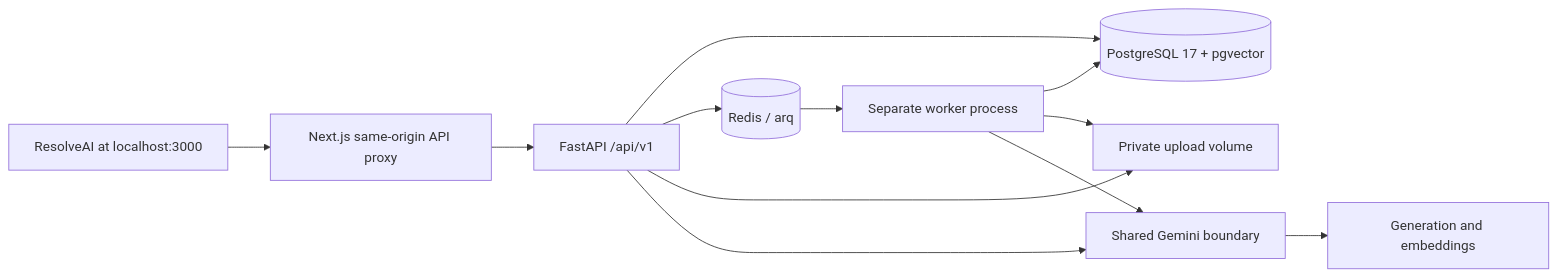
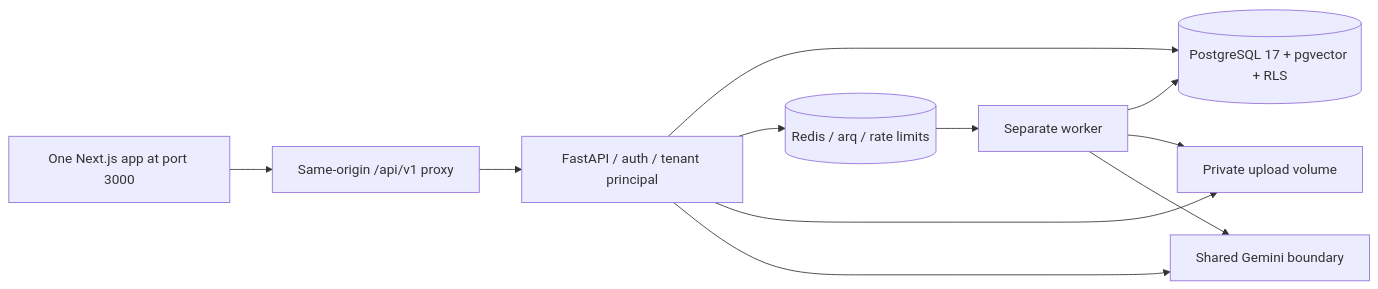
Before and after one commit to Hammad656/chatbot-app: the diagram in docs/architecture.md, drawn with Mermaid. The commit also changed other lines of this file and 76 other files, not shown here.

````diff
--- a/docs/architecture.md
+++ b/docs/architecture.md
@@ -14,14 +16,13 @@
 ```mermaid
 flowchart LR
-  Browser[ResolveAI at localhost:3000] --> Web[Next.js same-origin API proxy]
-  Web --> API[FastAPI /api/v1]
-  API --> DB[(PostgreSQL 17 + pgvector)]
-  API --> Redis[(Redis / arq)]
-  Redis --> Worker[Separate worker process]
-  Worker --> DB
+  Browser[One Next.js app at port 3000] --> Proxy[Same-origin /api/v1 proxy]
+  Proxy --> API[FastAPI / auth / tenant principal]
+  API --> PG[(PostgreSQL 17 + pgvector + RLS)]
+  API --> Redis[(Redis / arq / rate limits)]
+  Redis --> Worker[Separate worker]
+  Worker --> PG
   API --> Files[Private upload volume]
   Worker --> Files
   API --> AI[Shared Gemini boundary]
   Worker --> AI
-  AI --> Google[Generation and embeddings]
 ```
````
